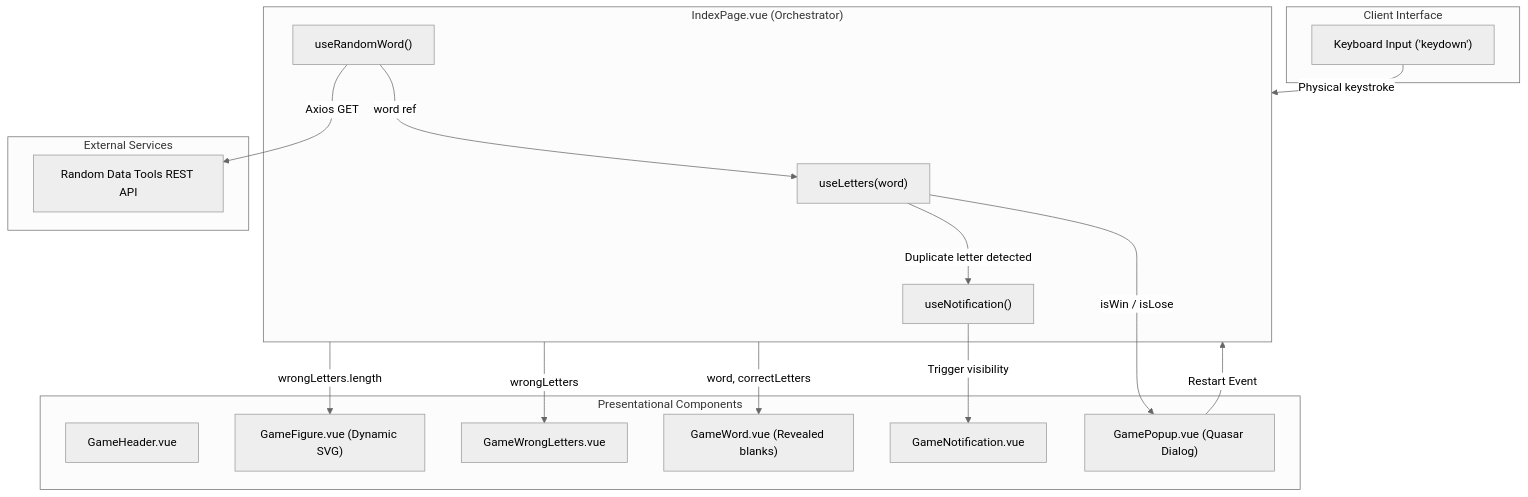
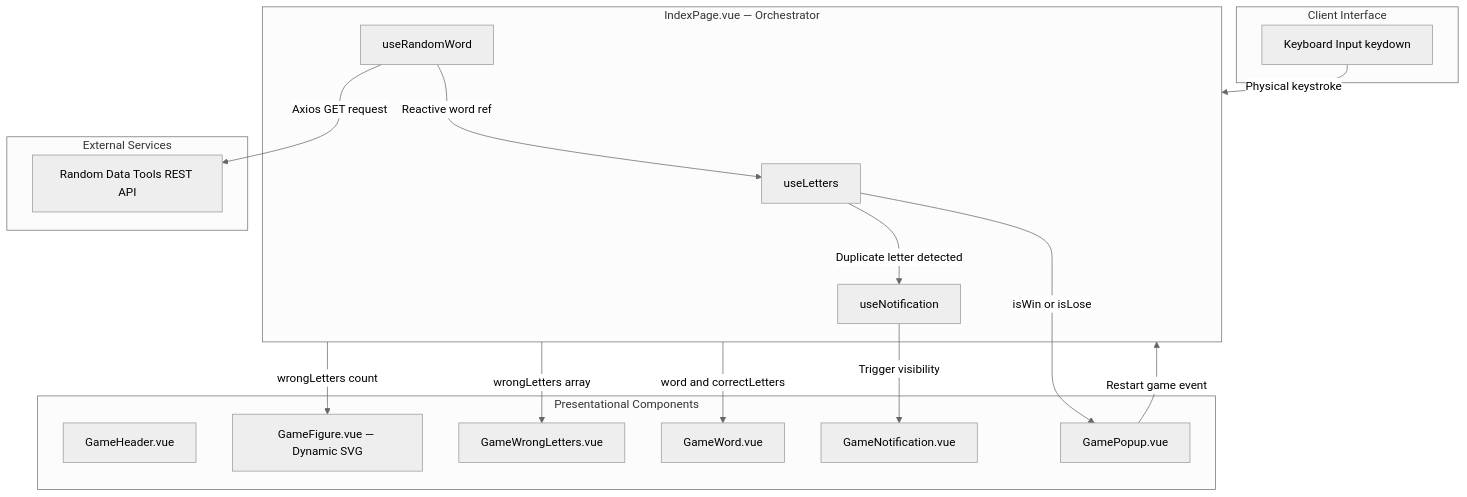
The diagram in README.md (KrayMakso68/gallowsGame), drawn with Mermaid (neutral theme) before and after one commit. The commit also changed 1 other file, not shown here.

Commit message:
fix(docs): resolve Mermaid syntax parse error in README diagram labels

````diff
--- a/README.md
+++ b/README.md
@@ -65,36 +65,36 @@
 ```mermaid
 flowchart TD
     subgraph Browser["Client Interface"]
-        KB["Keyboard Input ('keydown')"]
+        KB["Keyboard Input keydown"]
     end
 
-    subgraph Page["IndexPage.vue (Orchestrator)"]
-        UL["useLetters(word)"]
-        URW["useRandomWord()"]
-        UN["useNotification()"]
+    subgraph Page["IndexPage.vue — Orchestrator"]
+        UL["useLetters"]
+        URW["useRandomWord"]
+        UN["useNotification"]
     end
 
     subgraph UIComponents["Presentational Components"]
         GH["GameHeader.vue"]
-        GF["GameFigure.vue (Dynamic SVG)"]
+        GF["GameFigure.vue — Dynamic SVG"]
         GWL["GameWrongLetters.vue"]
-        GW["GameWord.vue (Revealed blanks)"]
+        GW["GameWord.vue"]
         GN["GameNotification.vue"]
-        GP["GamePopup.vue (Quasar Dialog)"]
+        GP["GamePopup.vue"]
     end
 
     subgraph API["External Services"]
         RDT["Random Data Tools REST API"]
     end
 
     KB -->|Physical keystroke| Page
-    URW -->|Axios GET| RDT
-    URW -->|word ref| UL
-    Page -->|wrongLetters.length| GF
-    Page -->|wrongLetters| GWL
-    Page -->|word, correctLetters| GW
-    UL -->|isWin / isLose| GP
+    URW -->|Axios GET request| RDT
+    URW -->|Reactive word ref| UL
+    Page -->|wrongLetters count| GF
+    Page -->|wrongLetters array| GWL
+    Page -->|word and correctLetters| GW
+    UL -->|isWin or isLose| GP
     UL -->|Duplicate letter detected| UN
     UN -->|Trigger visibility| GN
-    GP -->|Restart Event| Page
+    GP -->|Restart game event| Page
 ```
````
